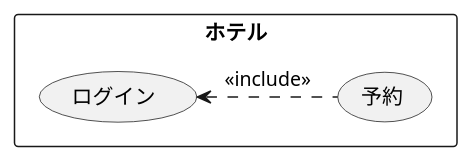
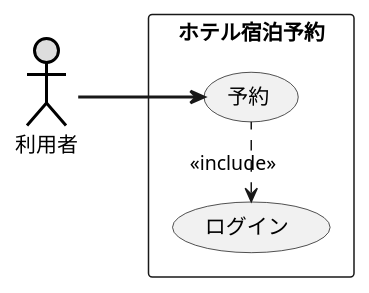
Before and after one commit to nakamachiJP/uml-introduction: the diagram in 演習2-3_ホテル宿泊予約.pu, drawn with PlantUML.

Commit message:
演習2-3直し

```diff
--- a/演習2-3_ホテル宿泊予約.pu
+++ b/演習2-3_ホテル宿泊予約.pu
@@ -1,7 +1,10 @@
 @startuml ユースケース図
-rectangle ホテル {
+left to right direction
+actor 利用者 as user #DDDDDD;line:black;line.bold;
+rectangle ホテル宿泊予約 {
 usecase ログイン
 usecase 予約
 }
+user-[bold]->予約
 ログイン <. 予約 : << include >>
 @enduml
```
